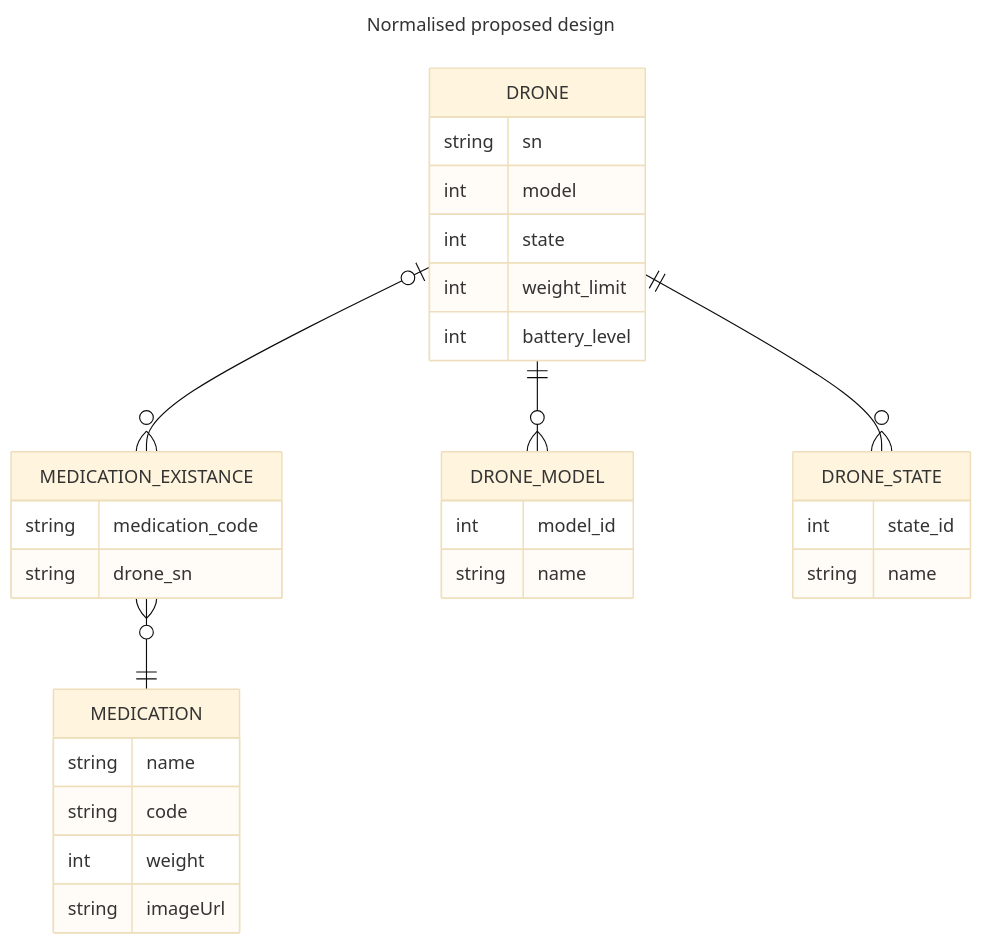
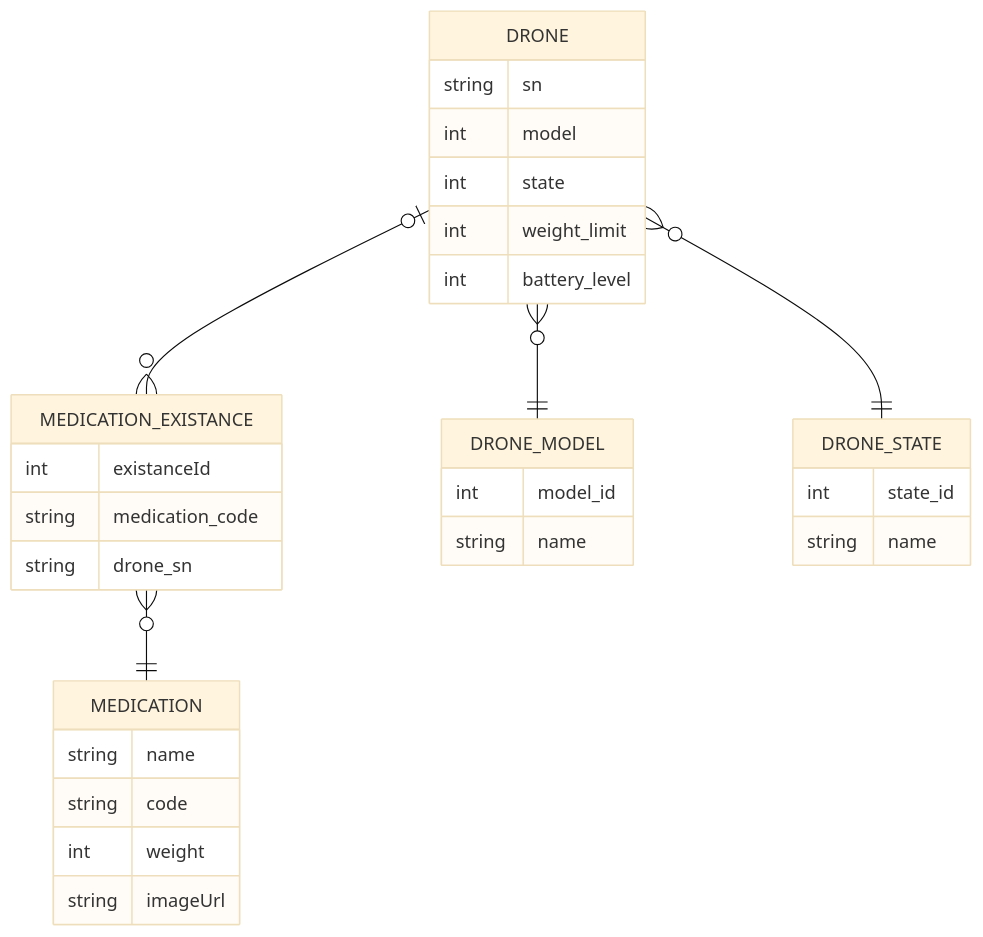
Before and after one commit to caputoortega/MusalaSoft-Drones: the second of 4 diagrams in README.md, drawn with Mermaid (base theme). The commit also changed other lines of this file, not shown here.

Commit message:
Database design improvements

````diff
--- a/README.md
+++ b/README.md
@@ -345,37 +366,35 @@
 ```mermaid
----
-title: Normalised proposed design   
----
 erDiagram
     DRONE o|--o{ MEDICATION_EXISTANCE : ""
-    DRONE ||--o{ DRONE_MODEL : ""
-    DRONE ||--o{ DRONE_STATE : ""
+    DRONE }o--|| DRONE_MODEL : ""
+    DRONE }o--|| DRONE_STATE : ""
     MEDICATION_EXISTANCE }o--|| MEDICATION : ""
     
     DRONE {
         string sn
         int model
         int state
         int weight_limit
         int battery_level
     }
     DRONE_MODEL {
         int model_id
         string name
     }
     DRONE_STATE {
         int state_id
         string name
     }
     MEDICATION {
         string name
         string code
         int weight
         string imageUrl
     }
     MEDICATION_EXISTANCE {
+        int existanceId
         string medication_code
         string drone_sn
     }
     
 ```
````
